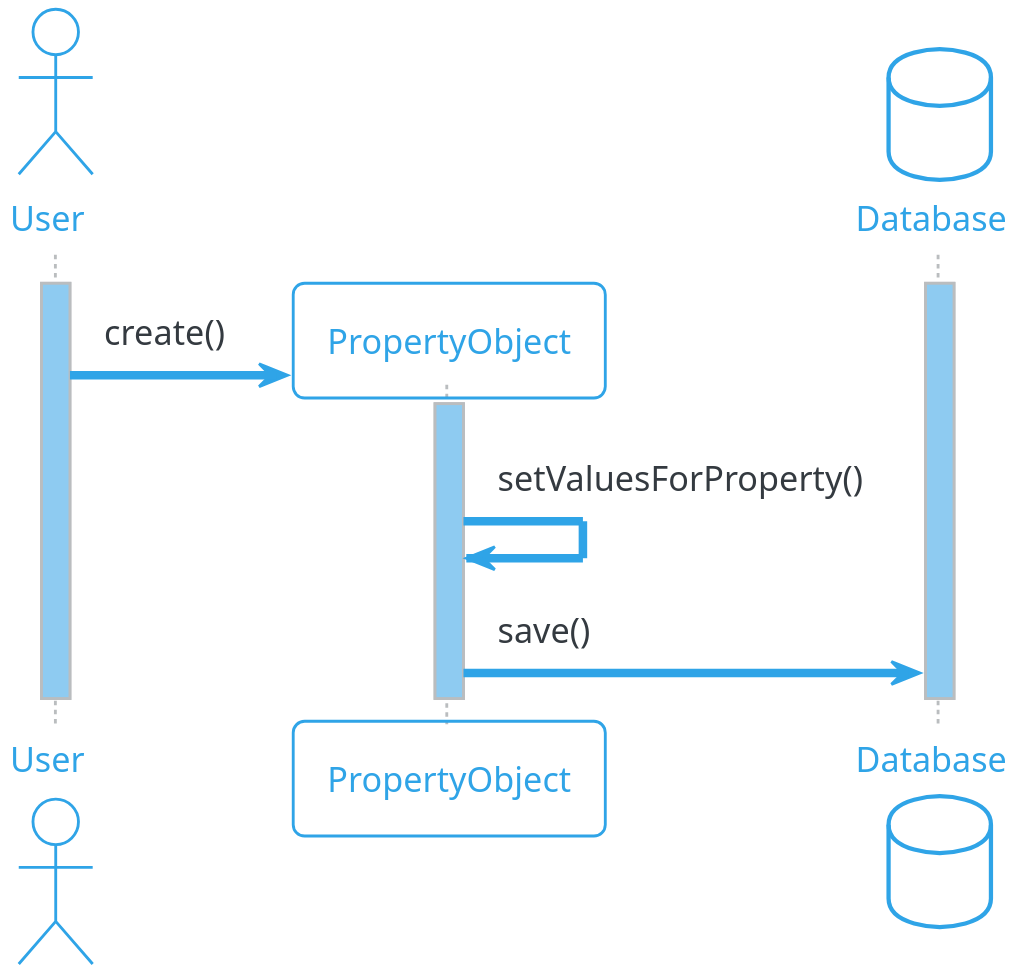
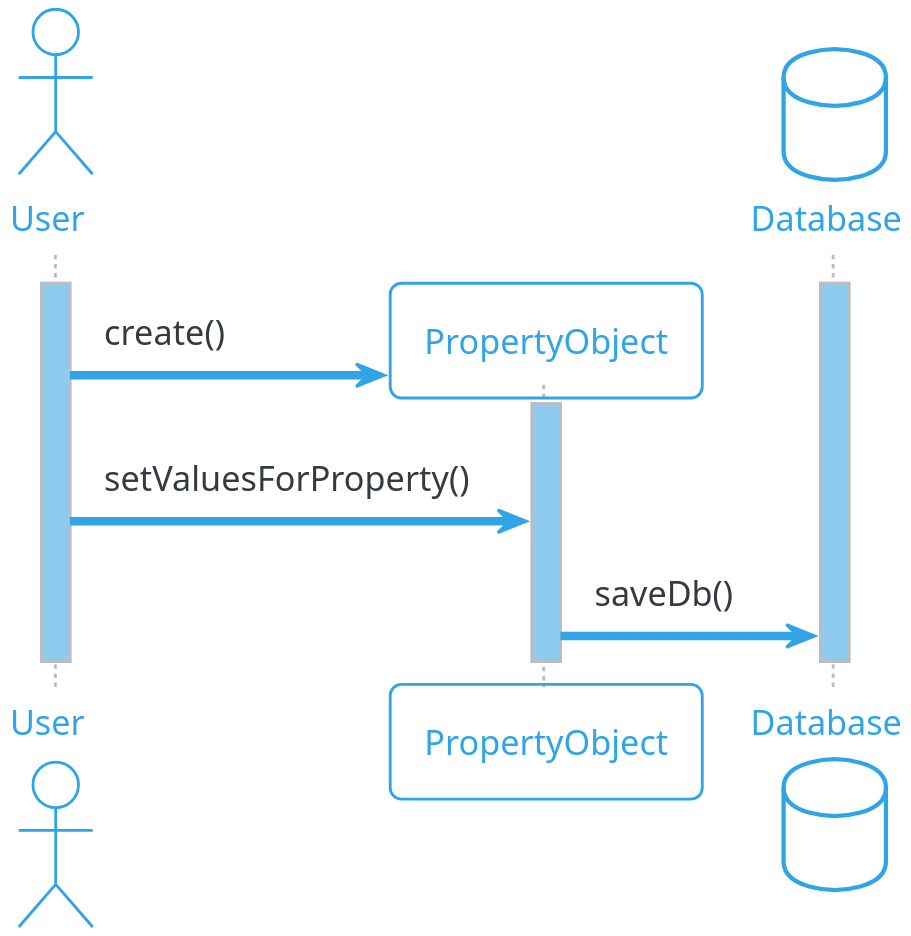
Before and after one commit to sirtheta/ImmoGlobal_Semesterarbeit: the diagram in docs/content/diagrams/sequenzdiagram/objektErfassen.wsd, drawn with PlantUML. The commit also changed 42 other files, not shown here.

```diff
--- a/docs/content/diagrams/sequenzdiagram/objektErfassen.wsd
+++ b/docs/content/diagrams/sequenzdiagram/objektErfassen.wsd
@@ -1,20 +1,20 @@
 @startuml ObjekttErfassen
 !theme cerulean-outline
 
 skinparam sequence {
 LifeLineBackgroundColor #8ECBF1
 ParticipantPadding 2
 }
 skinparam dpi 300
 
 actor User as user
 activate user
 participant PropertyObject as probj
 database Database as db
 activate db
 create probj
 user -> probj : create()
 activate probj
-probj ->probj : setValuesForProperty()
-probj ->db : save()
+user ->probj : setValuesForProperty()
+probj ->db : saveDb()
 @enduml
```
